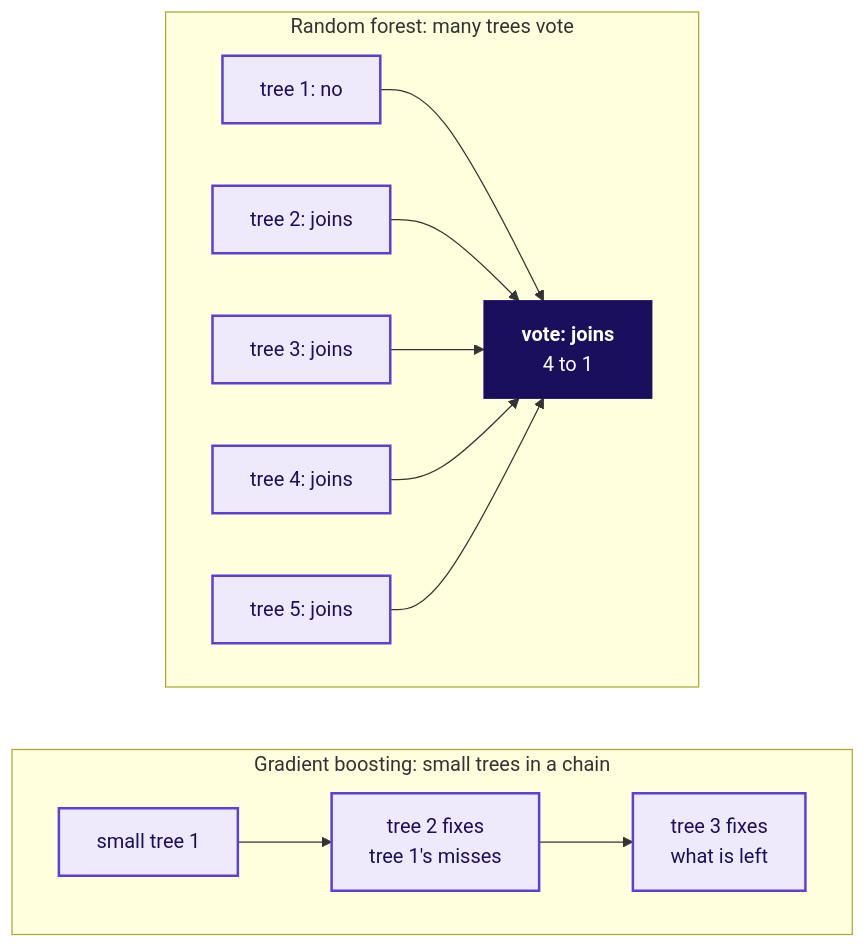
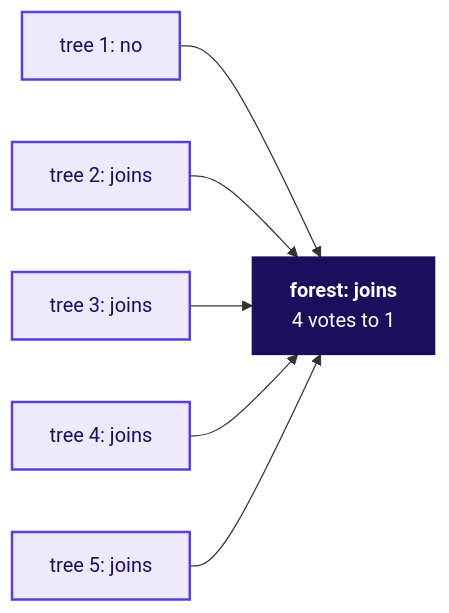
The eighth of 10 diagrams in content/W05/D4/1_in_class_training_content/slides/C2_W05_D04_slides_STUDENT.md (fde-academy-lab/c2-content-factory), drawn with Mermaid before and after one commit. The commit also changed other lines of this file and 31 other files, not shown here.

````diff
--- a/content/W05/D4/1_in_class_training_content/slides/C2_W05_D04_slides_STUDENT.md
+++ b/content/W05/D4/1_in_class_training_content/slides/C2_W05_D04_slides_STUDENT.md
@@ -504,21 +504,13 @@
 ```mermaid
-flowchart TB
-    subgraph forest["Random forest: many trees vote"]
-        direction LR
-        F1["tree 1: no"] --> V
-        F2["tree 2: joins"] --> V
-        F3["tree 3: joins"] --> V
-        F4["tree 4: joins"] --> V
-        F5["tree 5: joins"] --> V
-        V["<b>vote: joins</b><br/>4 to 1"]
-    end
-    subgraph boost["Gradient boosting: small trees in a chain"]
-        direction LR
-        B1["small tree 1"] --> B2["tree 2 fixes<br/>tree 1's misses"] --> B3["tree 3 fixes<br/>what is left"]
-    end
-    forest ~~~ boost
+flowchart LR
+    F1["tree 1: no"] --> V
+    F2["tree 2: joins"] --> V
+    F3["tree 3: joins"] --> V
+    F4["tree 4: joins"] --> V
+    F5["tree 5: joins"] --> V
+    V["<b>forest: joins</b><br/>4 votes to 1"]
     classDef known fill:#EEEAFB,stroke:#5B3FD6,color:#1A0F5C,stroke-width:2px
     classDef lit fill:#1A0F5C,stroke:#1A0F5C,color:#FFFFFF
-    class F1,F2,F3,F4,F5,B1,B2,B3 known
+    class F1,F2,F3,F4,F5 known
     class V lit
 ```
````
